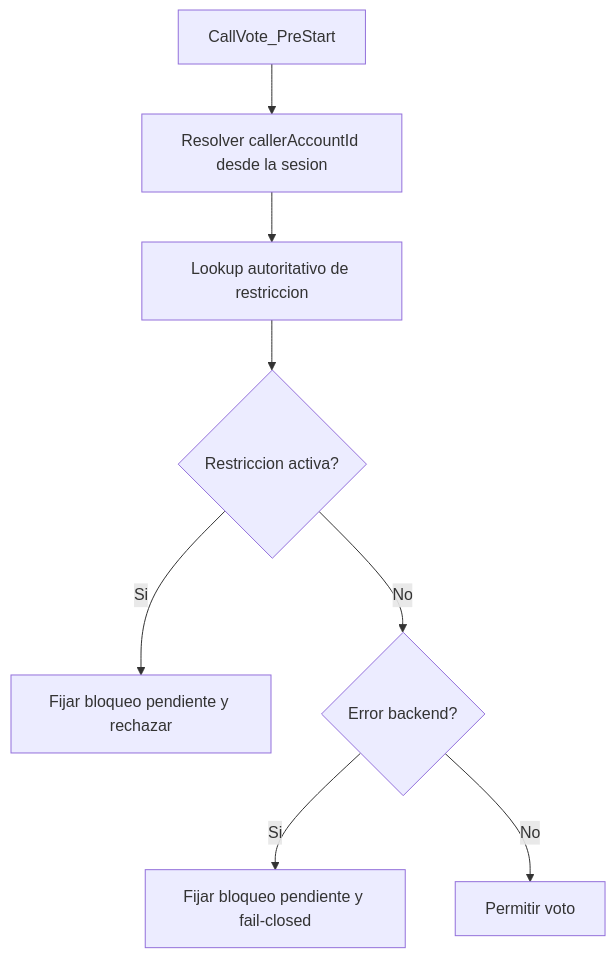
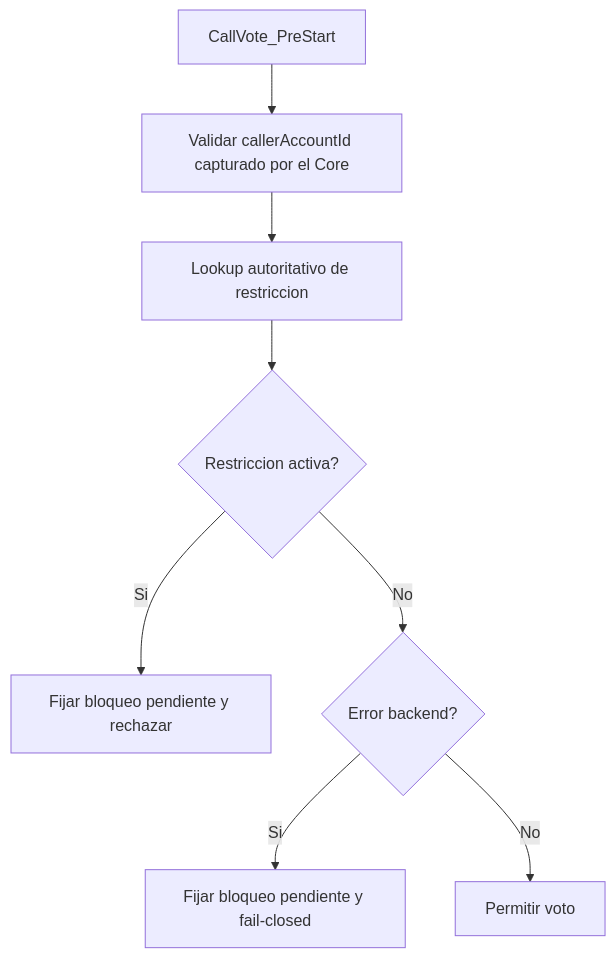
Before and after one commit to AoC-Gamers/CallVote-Manager: the first of 3 diagrams in docs/README_BANS.md, drawn with Mermaid. The commit also changed other lines of this file and 50 other files, not shown here.

First line of the commit message:
Refactor CallVote core and satellites and consolidate documentation

````diff
--- a/docs/README_BANS.md
+++ b/docs/README_BANS.md
@@ -53,10 +109,10 @@
 ```mermaid
 flowchart TD
-    A[CallVote_PreStart] --> B[Resolver callerAccountId desde la sesion]
+    A[CallVote_PreStart] --> B[Validar callerAccountId capturado por el Core]
     B --> C[Lookup autoritativo de restriccion]
     C --> D{Restriccion activa?}
     D -- Si --> E[Fijar bloqueo pendiente y rechazar]
     D -- No --> F{Error backend?}
     F -- Si --> G[Fijar bloqueo pendiente y fail-closed]
     F -- No --> H[Permitir voto]
 ```
````
